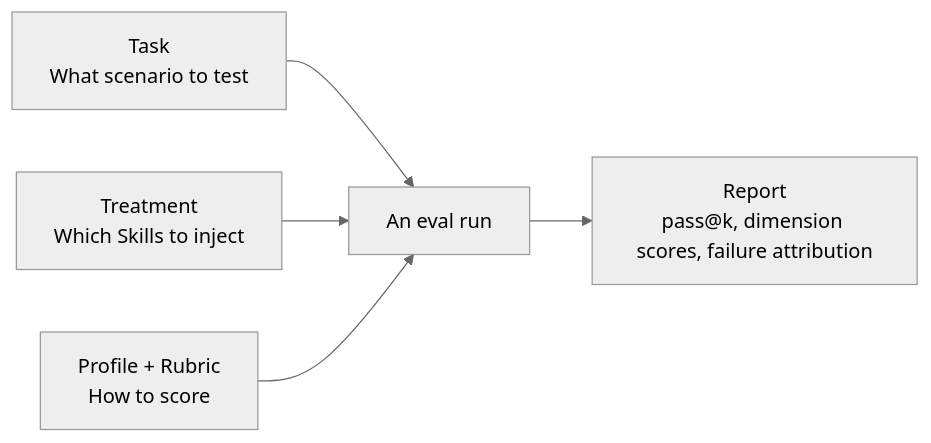
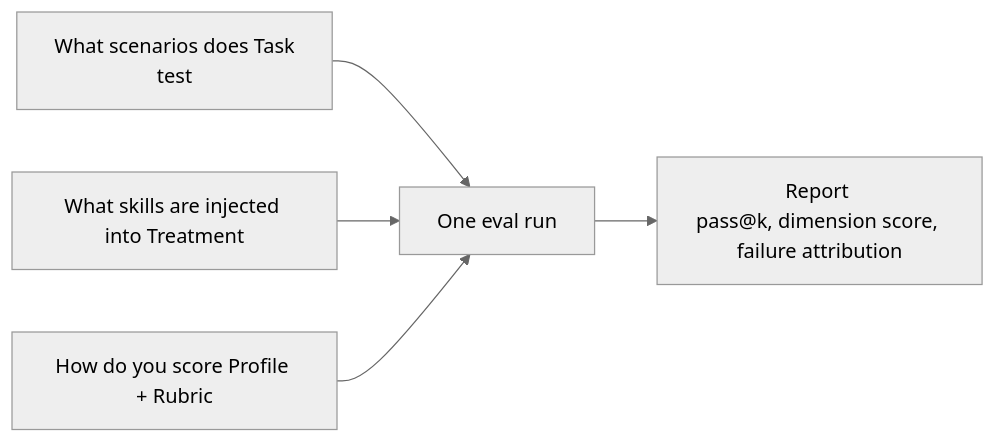
The first of 3 diagrams in en/eval/configuration.mdx (rpamis/comet-website-docs), drawn with Mermaid (neutral theme) before and after one commit. The commit also changed other lines of this file and 158 other files, not shown here.

````diff
--- a/en/eval/configuration.mdx
+++ b/en/eval/configuration.mdx
@@ -40,7 +48,7 @@
 ```mermaid
 flowchart LR
-    T["Task<br/>What scenario to test"] --> R["An eval run"]
-    TR["Treatment<br/>Which Skills to inject"] --> R
-    P["Profile + Rubric<br/>How to score"] --> R
-    R --> REP["Report<br/>pass@k, dimension scores, failure attribution"]
+    T["What scenarios does Task<br/> test"] --> R["One eval run"]
+    TR["What skills are injected into Treatment<br/>"] --> R
+    P["How do you score Profile + Rubric<br/>"] --> R
+    R --> REP["Report <br/>pass@k, dimension score, failure attribution"]
 ```
````
